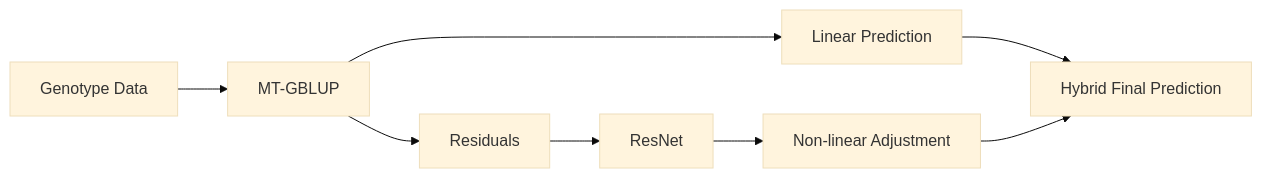
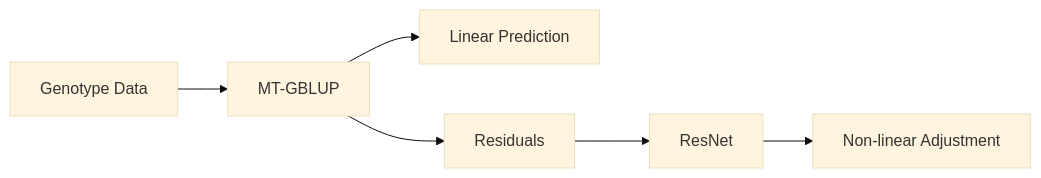
One commit to hoso-jpn/genomic-prediction-resnet-hybrid changed the diagram in README.md. Above: the diagram before and after it, drawn with Mermaid (base theme).

````diff
--- a/README.md
+++ b/README.md
@@ -6,9 +6,8 @@
 ```mermaid
 graph LR
     A[Genotype Data] --> B[MT-GBLUP]
     B --> C[Linear Prediction]
     B --> D[Residuals]
     D --> E[ResNet]
     E --> F[Non-linear Adjustment]
-    C & F --> G[Hybrid Final Prediction]
 ```
````
